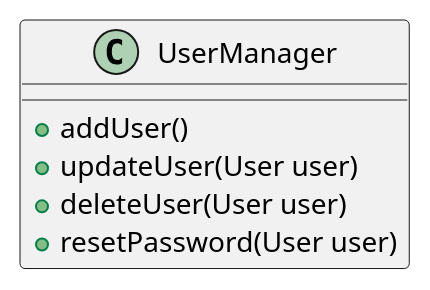
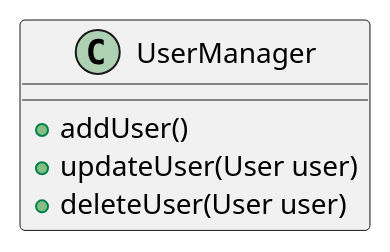
The diagram in diagrams-uml/Class/UserManager.puml (laurasullyalexandrine/BileMo), drawn with PlantUML before and after one commit. The commit also changed 6 other files, not shown here.

Commit message:
update diagram class and delete managers

```diff
--- a/diagrams-uml/Class/UserManager.puml
+++ b/diagrams-uml/Class/UserManager.puml
@@ -1,12 +1,11 @@
 @startuml UserManager
 
 Class UserManager {
 
     + addUser()
     + updateUser(User user)
     + deleteUser(User user)
-    + resetPassword(User user)
     
     }
 
 @enduml
```
